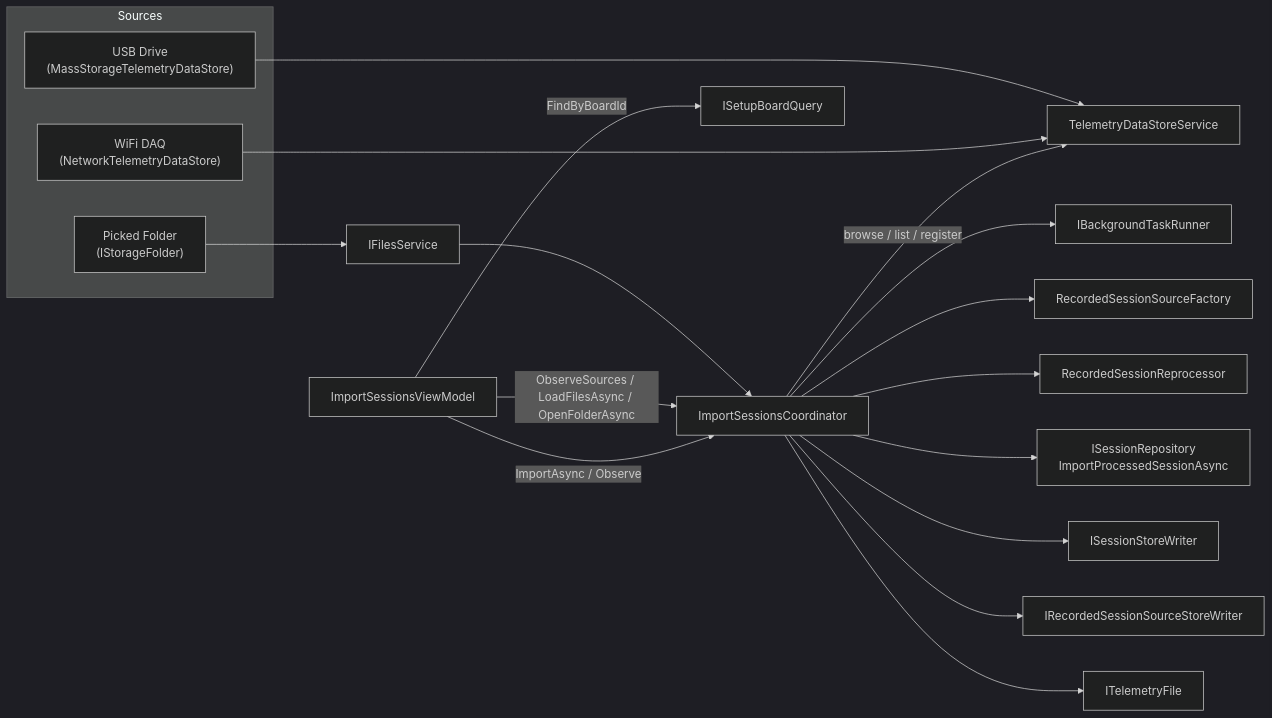
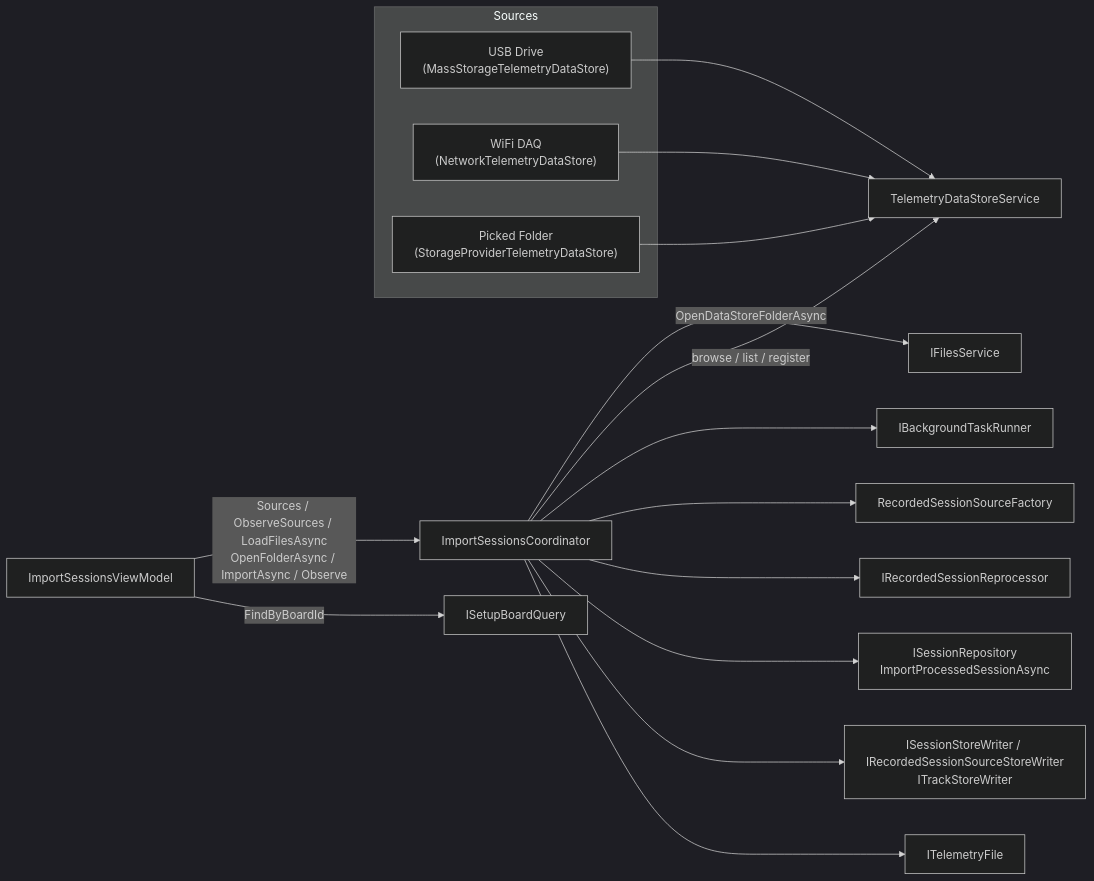
Before and after one commit to MoridinBG/Sufni.app: the first of 2 diagrams in docs/architecture/acquisition.md, drawn with Mermaid (dark theme). The commit also changed other lines of this file and 422 other files, not shown here.

````diff
--- a/docs/architecture/acquisition.md
+++ b/docs/architecture/acquisition.md
@@ -9,24 +9,22 @@
 ```mermaid
 graph LR
     subgraph Sources
         USB["USB Drive<br/>(MassStorageTelemetryDataStore)"]
         WiFi["WiFi DAQ<br/>(NetworkTelemetryDataStore)"]
-        Picker["Picked Folder<br/>(IStorageFolder)"]
+        Picker["Picked Folder<br/>(StorageProviderTelemetryDataStore)"]
     end
 
-    Picker --> Files["IFilesService"]
     USB --> DSS["TelemetryDataStoreService"]
     WiFi --> DSS
-    Files --> Coord
-    Import["ImportSessionsViewModel"] -->|"ObserveSources / LoadFilesAsync / OpenFolderAsync"| Coord
+    Picker --> DSS
+    Import["ImportSessionsViewModel"] -->|"Sources / ObserveSources / LoadFilesAsync<br/>OpenFolderAsync / ImportAsync / Observe"| Coord["ImportSessionsCoordinator"]
+    Import -->|"FindByBoardId"| SetupQuery["ISetupBoardQuery"]
+    Coord -->|"OpenDataStoreFolderAsync"| Files["IFilesService"]
     Coord -->|"browse / list / register"| DSS
-    Import -->|"FindByBoardId"| SetupQuery["ISetupBoardQuery"]
-    Import -->|"ImportAsync / Observe"| Coord["ImportSessionsCoordinator"]
     Coord --> Runner["IBackgroundTaskRunner"]
     Coord --> SourceFactory["RecordedSessionSourceFactory"]
-    Coord --> Reprocessor["RecordedSessionReprocessor"]
+    Coord --> Reprocessor["IRecordedSessionReprocessor"]
     Coord --> Repo["ISessionRepository<br/>ImportProcessedSessionAsync"]
-    Coord --> SessionStore["ISessionStoreWriter"]
-    Coord --> SourceStore["IRecordedSessionSourceStoreWriter"]
+    Coord --> Stores["ISessionStoreWriter / IRecordedSessionSourceStoreWriter<br/>ITrackStoreWriter"]
     Coord --> TelemetryFile["ITelemetryFile"]
 ```
````
